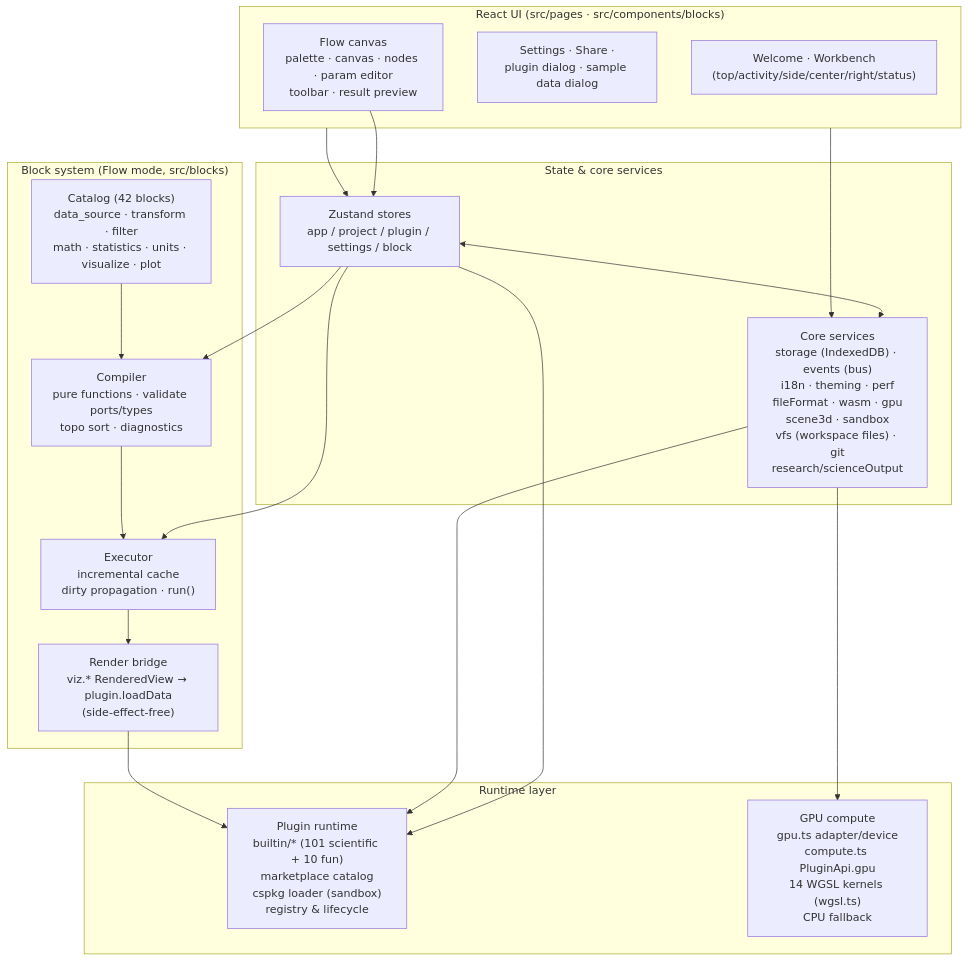
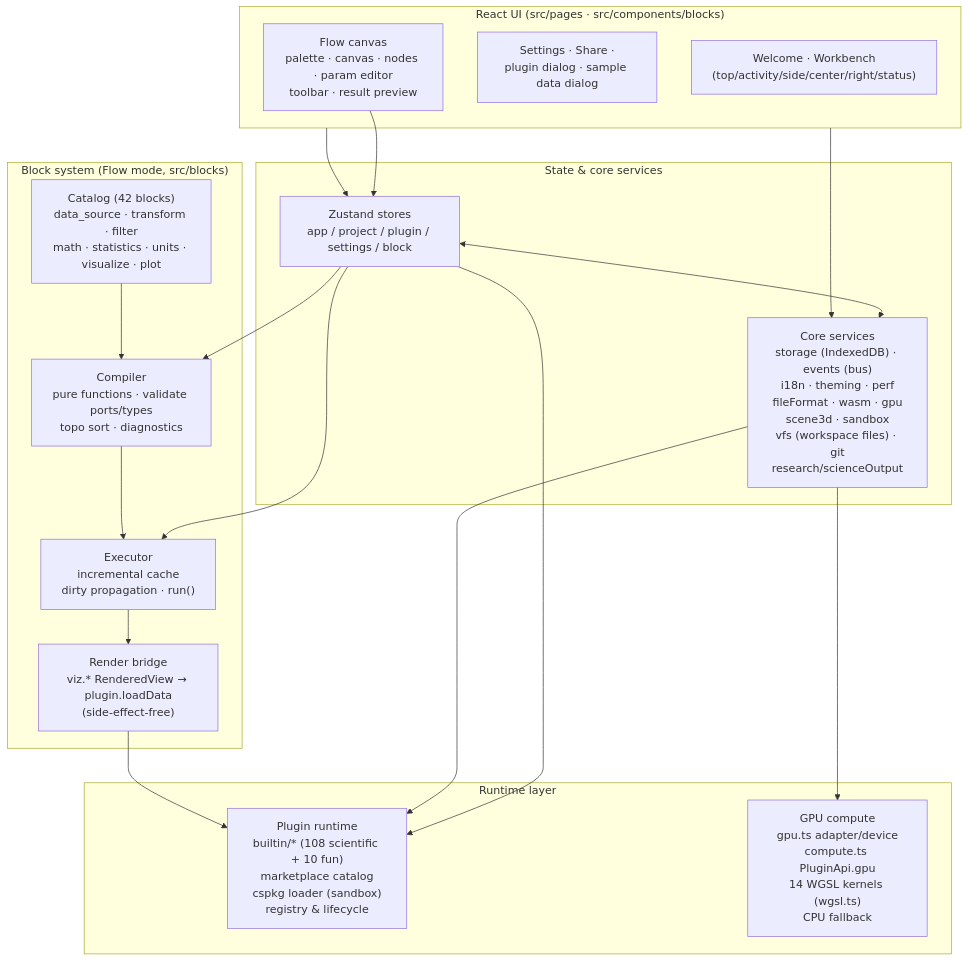
The diagram in README.md (SnowLeopard-io/ErgalicsStudio), drawn with Mermaid before and after one commit. The commit also changed other lines of this file and 56 other files, not shown here.

````diff
--- a/README.md
+++ b/README.md
@@ -192,39 +192,39 @@
 ```mermaid
 flowchart TB
     subgraph UI["React UI (src/pages · src/components/blocks)"]
         A1["Welcome · Workbench<br/>(top/activity/side/center/right/status)"]
         A2["Settings · Share ·<br/>plugin dialog · sample data dialog"]
         A3["Flow canvas<br/>palette · canvas · nodes · param editor<br/>toolbar · result preview"]
     end
 
     subgraph State["State & core services"]
         B1["Zustand stores<br/>app / project / plugin / settings / block"]
         B2["Core services<br/>storage (IndexedDB) · events (bus)<br/>i18n · theming · perf<br/>fileFormat · wasm · gpu<br/>scene3d · sandbox<br/>vfs (workspace files) · git<br/>research/scienceOutput"]
     end
 
     subgraph Blocks["Block system (Flow mode, src/blocks)"]
         D1["Catalog (42 blocks)<br/>data_source · transform · filter<br/>math · statistics · units · visualize · plot"]
         D2["Compiler<br/>pure functions · validate ports/types<br/>topo sort · diagnostics"]
         D3["Executor<br/>incremental cache<br/>dirty propagation · run()"]
         D4["Render bridge<br/>viz.* RenderedView → plugin.loadData<br/>(side-effect-free)"]
     end
 
     subgraph Runtime["Runtime layer"]
-        C1["Plugin runtime<br/>builtin/* (101 scientific + 10 fun)<br/>marketplace catalog<br/>cspkg loader (sandbox)<br/>registry & lifecycle"]
+        C1["Plugin runtime<br/>builtin/* (108 scientific + 10 fun)<br/>marketplace catalog<br/>cspkg loader (sandbox)<br/>registry & lifecycle"]
         C2["GPU compute<br/>gpu.ts adapter/device<br/>compute.ts PluginApi.gpu<br/>14 WGSL kernels (wgsl.ts)<br/>CPU fallback"]
     end
 
     UI --> B1
     UI --> B2
     B1 <--> B2
     B1 --> C1
     B2 --> C1
     B2 --> C2
     A3 --> B1
     B1 --> D2
     B1 --> D3
     D2 --> D3
     D1 --> D2
     D3 --> D4
     D4 --> C1
 ```
````
